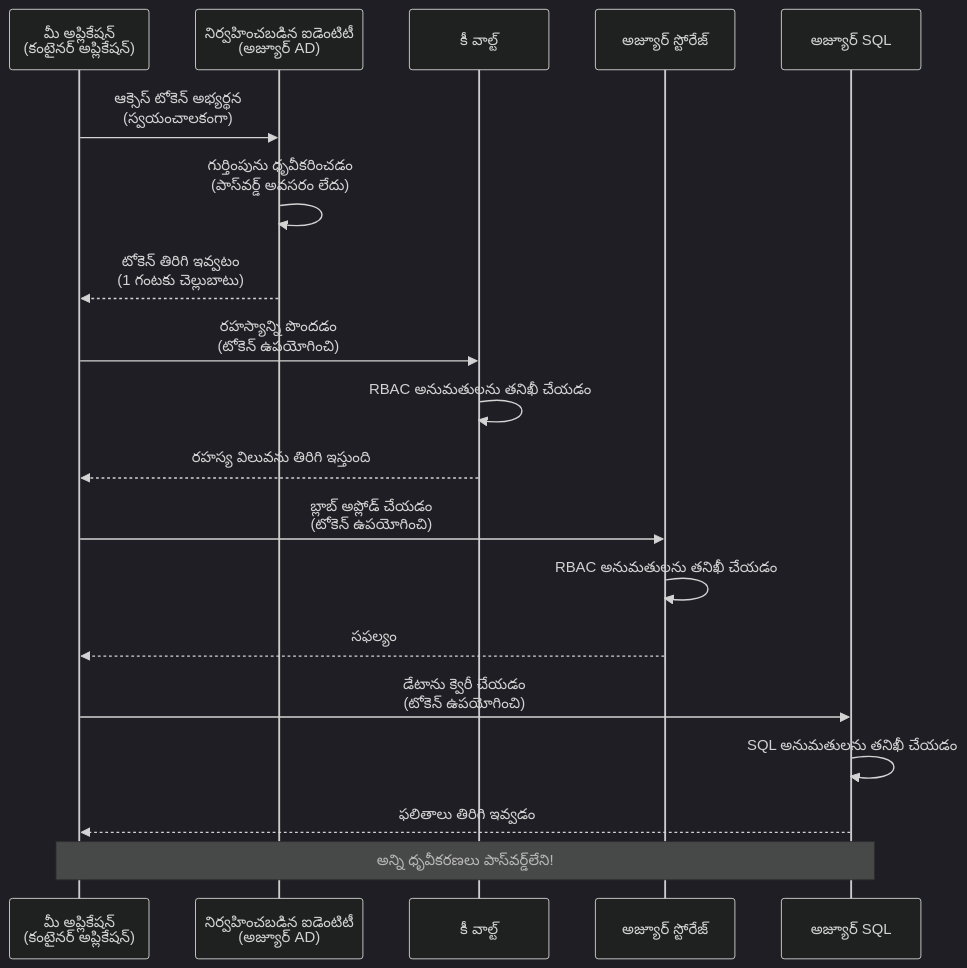
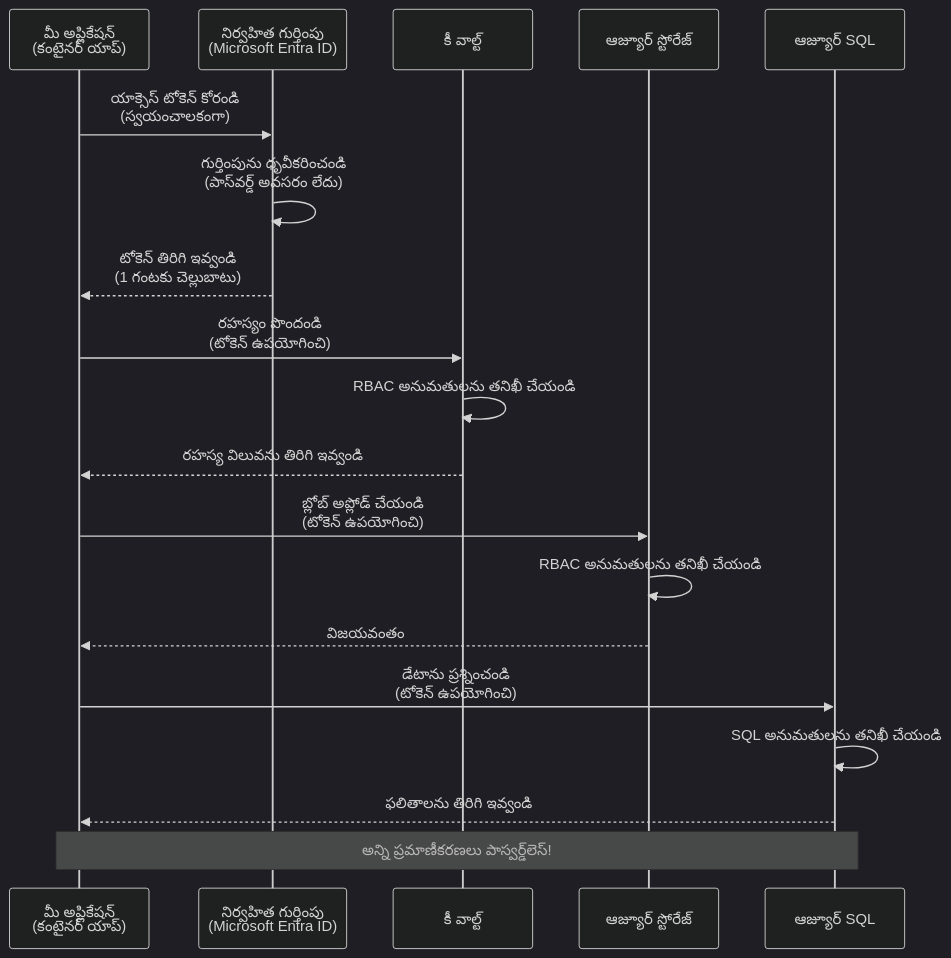
The first of 2 diagrams in translations/te/docs/chapter-03-configuration/authsecurity.md (microsoft/AZD-for-beginners), drawn with Mermaid (dark theme) before and after one commit. The commit also changed other lines of this file and 104 other files, not shown here.

````diff
--- a/translations/te/docs/chapter-03-configuration/authsecurity.md
+++ b/translations/te/docs/chapter-03-configuration/authsecurity.md
@@ -69,26 +69,26 @@
 ```mermaid
 sequenceDiagram
-    participant App as మీ అప్లికేషన్<br/>(కంటైనర్ అప్లికేషన్)
-    participant MI as నిర్వహించబడిన ఐడెంటిటీ<br/>(అజ్యూర్ AD)
+    participant App as మీ అప్లికేషన్<br/>(కంటైనర్ యాప్)
+    participant MI as నిర్వహిత గుర్తింపు<br/>(Microsoft Entra ID)
     participant KV as కీ వాల్ట్
-    participant Storage as అజ్యూర్ స్టోరేజ్
-    participant DB as అజ్యూర్ SQL
+    participant Storage as ఆజ్యూర్ స్టోరేజ్
+    participant DB as ఆజ్యూర్ SQL
     
-    App->>MI: ఆక్సెస్ టోకెన్ అభ్యర్థన<br/>(స్వయంచాలకంగా)
-    MI->>MI: గుర్తింపును ధృవీకరించడం<br/>(పాస్‌వర్డ్ అవసరం లేదు)
-    MI-->>App: టోకెన్ తిరిగి ఇవ్వటం<br/>(1 గంటకు చెల్లుబాటు)
+    App->>MI: యాక్సెస్ టోకెన్ కోరండి<br/>(స్వయంచాలకంగా)
+    MI->>MI: గుర్తింపును ధృవీకరించండి<br/>(పాస్‌వర్డ్ అవసరం లేదు)
+    MI-->>App: టోకెన్ తిరిగి ఇవ్వండి<br/>(1 గంటకు చెల్లుబాటు)
     
-    App->>KV: రహస్యాన్ని పొందడం<br/>(టోకెన్ ఉపయోగించి)
-    KV->>KV: RBAC అనుమతులను తనిఖీ చేయడం
-    KV-->>App: రహస్య విలువను తిరిగి ఇస్తుంది
+    App->>KV: రహస్యం పొందండి<br/>(టోకెన్ ఉపయోగించి)
+    KV->>KV: RBAC అనుమతులను తనిఖీ చేయండి
+    KV-->>App: రహస్య విలువను తిరిగి ఇవ్వండి
     
-    App->>Storage: బ్లాబ్ అప్లోడ్ చేయడం<br/>(టోకెన్ ఉపయోగించి)
-    Storage->>Storage: RBAC అనుమతులను తనిఖీ చేయడం
-    Storage-->>App: సఫల్యం
+    App->>Storage: బ్లోబ్ అప్లోడ్ చేయండి<br/>(టోకెన్ ఉపయోగించి)
+    Storage->>Storage: RBAC అనుమతులను తనిఖీ చేయండి
+    Storage-->>App: విజయవంతం
     
-    App->>DB: డేటాను క్వెరీ చేయడం<br/>(టోకెన్ ఉపయోగించి)
-    DB->>DB: SQL అనుమతులను తనిఖీ చేయడం
-    DB-->>App: ఫలితాలు తిరిగి ఇవ్వడం
+    App->>DB: డేటాను ప్రశ్నించండి<br/>(టోకెన్ ఉపయోగించి)
+    DB->>DB: SQL అనుమతులను తనిఖీ చేయండి
+    DB-->>App: ఫలితాలను తిరిగి ఇవ్వండి
     
-    Note over App,DB: అన్ని ధృవీకరణలు పాస్‌వర్డ్‌లేని!
+    Note over App,DB: అన్ని ప్రమాణీకరణలు పాస్వర్డ్‌లెస్!
 ```
````
